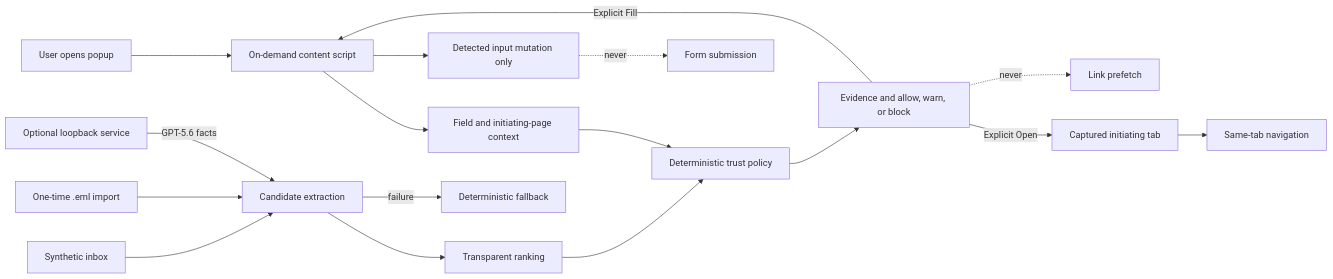
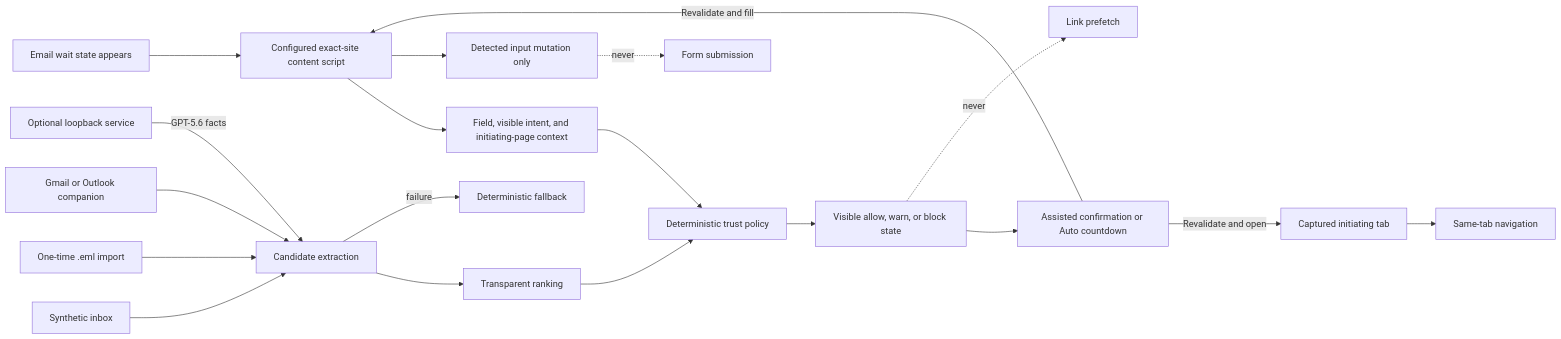
Before and after one commit to lzongren/contextfill: the diagram in README.md, drawn with Mermaid. The commit also changed other lines of this file and 39 other files, not shown here.

````diff
--- a/README.md
+++ b/README.md
@@ -51,19 +54,21 @@
 ```mermaid
 flowchart LR
-  U["User opens popup"] --> C["On-demand content script"]
-  C --> F["Field and initiating-page context"]
+  W["Email wait state appears"] --> C["Configured exact-site content script"]
+  C --> F["Field, visible intent, and initiating-page context"]
   S["Synthetic inbox"] --> X["Candidate extraction"]
   I["One-time .eml import"] --> X
+  G["Gmail or Outlook companion"] --> X
   X --> R["Transparent ranking"]
   F --> P["Deterministic trust policy"]
   R --> P
-  P --> UI["Evidence and allow, warn, or block"]
-  UI -->|"Explicit Open"| T["Captured initiating tab"]
-  UI -->|"Explicit Fill"| C
+  P --> UI["Visible allow, warn, or block state"]
+  UI --> A["Assisted confirmation or Auto countdown"]
+  A -->|"Revalidate and open"| T["Captured initiating tab"]
+  A -->|"Revalidate and fill"| C
   C --> M["Detected input mutation only"]
   T --> O["Same-tab navigation"]
   M -. "never" .-> N["Form submission"]
   UI -. "never" .-> Q["Link prefetch"]
   L["Optional loopback service"] -->|"GPT-5.6 facts"| X
   X -->|"failure"| D["Deterministic fallback"]
 ```
````
